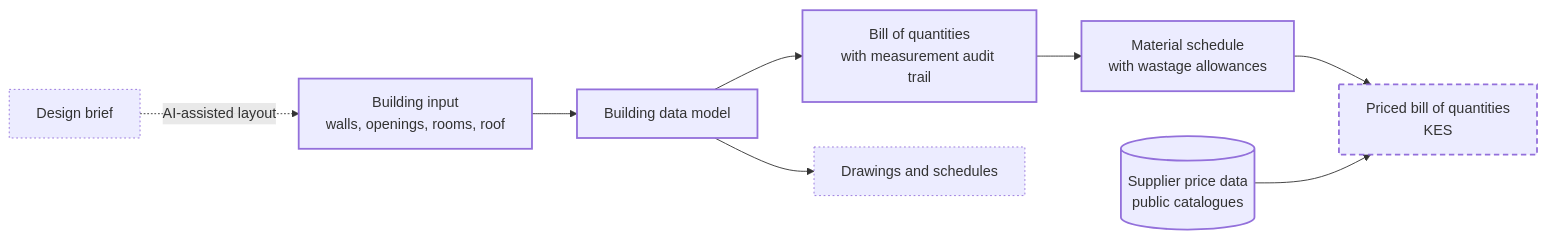
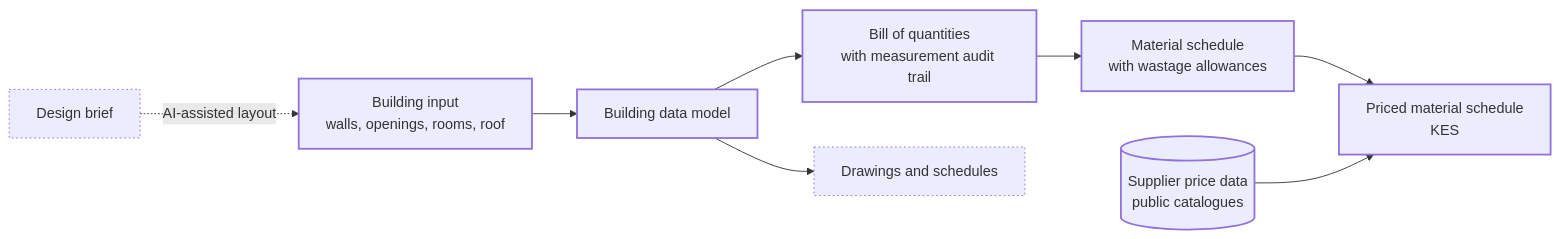
The diagram in README.md (RonoHenry/Design-Synapse), drawn with Mermaid before and after one commit. The commit also changed other lines of this file and 9 other files, not shown here.

First line of the commit message:
feat(platform): price the material schedule against supplier products

````diff
--- a/README.md
+++ b/README.md
@@ -26,17 +26,16 @@
 ```mermaid
 flowchart LR
     input["Building input<br/>walls, openings, rooms, roof"] --> model["Building data model"]
     model --> boq["Bill of quantities<br/>with measurement audit trail"]
     boq --> materials["Material schedule<br/>with wastage allowances"]
-    materials --> priced["Priced bill of quantities<br/>KES"]
+    materials --> priced["Priced material schedule<br/>KES"]
     shops[("Supplier price data<br/>public catalogues")] --> priced
     model --> drawings["Drawings and schedules"]
     brief["Design brief"] -.->|AI-assisted layout| input
 
     classDef built stroke-width:2px
     classDef next stroke-width:2px,stroke-dasharray:6 4
     classDef planned stroke-dasharray:2 3
-    class input,model,boq,materials,shops built
-    class priced next
+    class input,model,boq,materials,shops,priced built
     class drawings,brief planned
 ```
````
